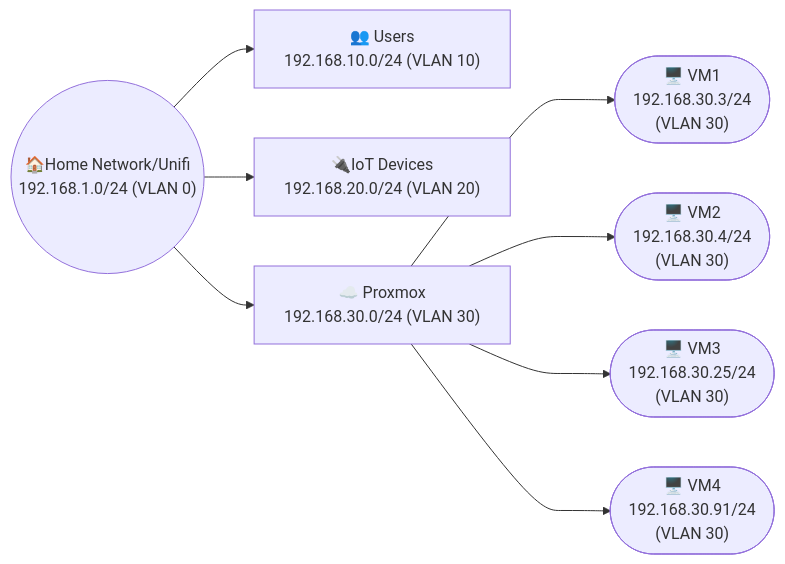
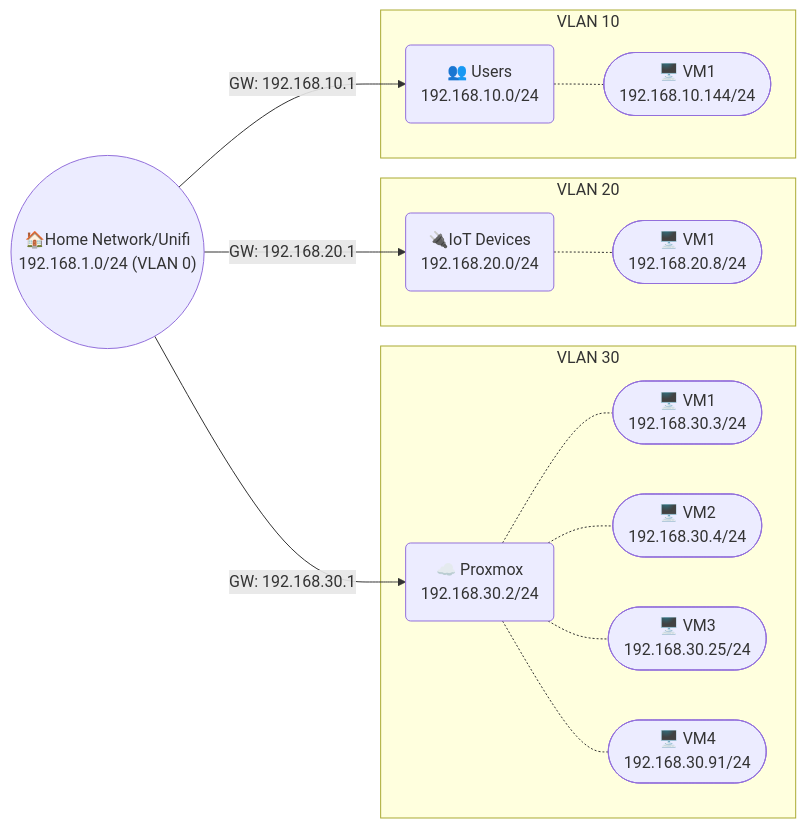
One commit to robertsinfosec/robertsinfosec.github.io changed the diagram in _posts/2024-06-11-proxmox-part-2-networking-setup.md. Above: the diagram before and after it, drawn with Mermaid.

Commit message:
Refactor Proxmox networking diagram to enhance VLAN representation and gateway connections

```diff
--- a/_posts/2024-06-11-proxmox-part-2-networking-setup.md
+++ b/_posts/2024-06-11-proxmox-part-2-networking-setup.md
@@ -32,11 +32,22 @@
 <div class="mermaid">
 graph LR&#10;
     B(("🏠Home Network/Unifi&#10;192.168.1.0/24 (VLAN 0)"))&#10;
-    B --> Users["👥 Users&#10;192.168.10.0/24 (VLAN 10)"]&#10;
-    B --> IoT["🔌IoT Devices&#10;192.168.20.0/24 (VLAN 20)"]&#10;
-    B --> ProxMoxServer["☁️ Proxmox&#10;192.168.30.0/24 (VLAN 30)"]&#10;
-    ProxMoxServer ---> F(["🖥️ VM1&#10;192.168.30.3/24&#10;(VLAN 30)"])&#10;
-        ProxMoxServer ---> G(["🖥️ VM2&#10;192.168.30.4/24&#10;(VLAN 30)"])&#10;
-        ProxMoxServer ---> H(["🖥️ VM3&#10;192.168.30.25/24&#10;(VLAN 30)"])&#10;
-        ProxMoxServer ---> I(["🖥️ VM4&#10;192.168.30.91/24&#10;(VLAN 30)"])&#10;
+    B --"GW: 192.168.30.1"--> ProxMoxServer
+    B --"GW: 192.168.20.1"--> IoT
+    B --"GW: 192.168.10.1"--> Users
+    subgraph VLAN 30
+        ProxMoxServer("☁️ Proxmox&#10;192.168.30.2/24")&#10;
+        ProxMoxServer -.- F(["🖥️ VM1&#10;192.168.30.3/24"])&#10;
+        ProxMoxServer -.- G(["🖥️ VM2&#10;192.168.30.4/24"])&#10;
+        ProxMoxServer -.- H(["🖥️ VM3&#10;192.168.30.25/24"])&#10;
+        ProxMoxServer -.- I(["🖥️ VM4&#10;192.168.30.91/24"])&#10;
+    end
+    subgraph VLAN 20
+        IoT("🔌IoT Devices&#10;192.168.20.0/24")&#10;
+        IoT -.- IoT1(["🖥️ VM1&#10;192.168.20.8/24"])&#10;
+    end
+    subgraph VLAN 10
+        Users("👥 Users&#10;192.168.10.0/24")&#10;
+        Users -.- User1(["🖥️ VM1&#10;192.168.10.144/24"])&#10;
+    end
 </div>
```
